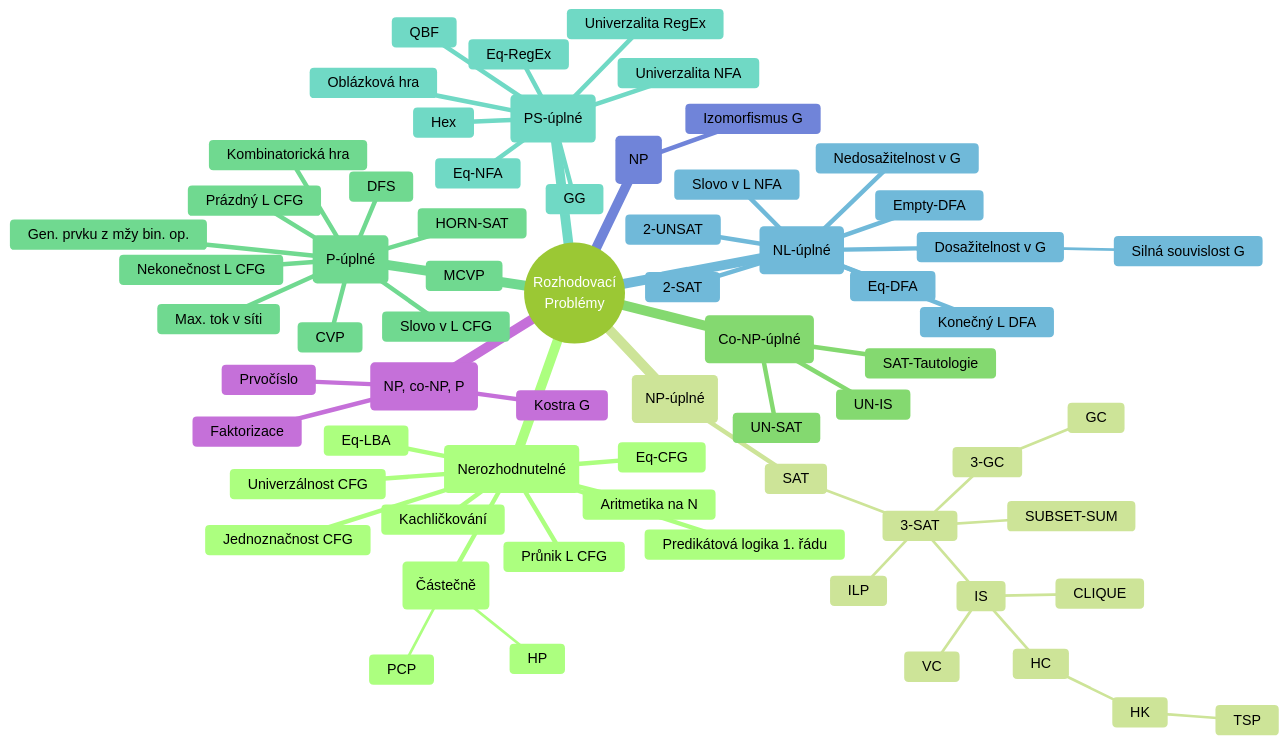
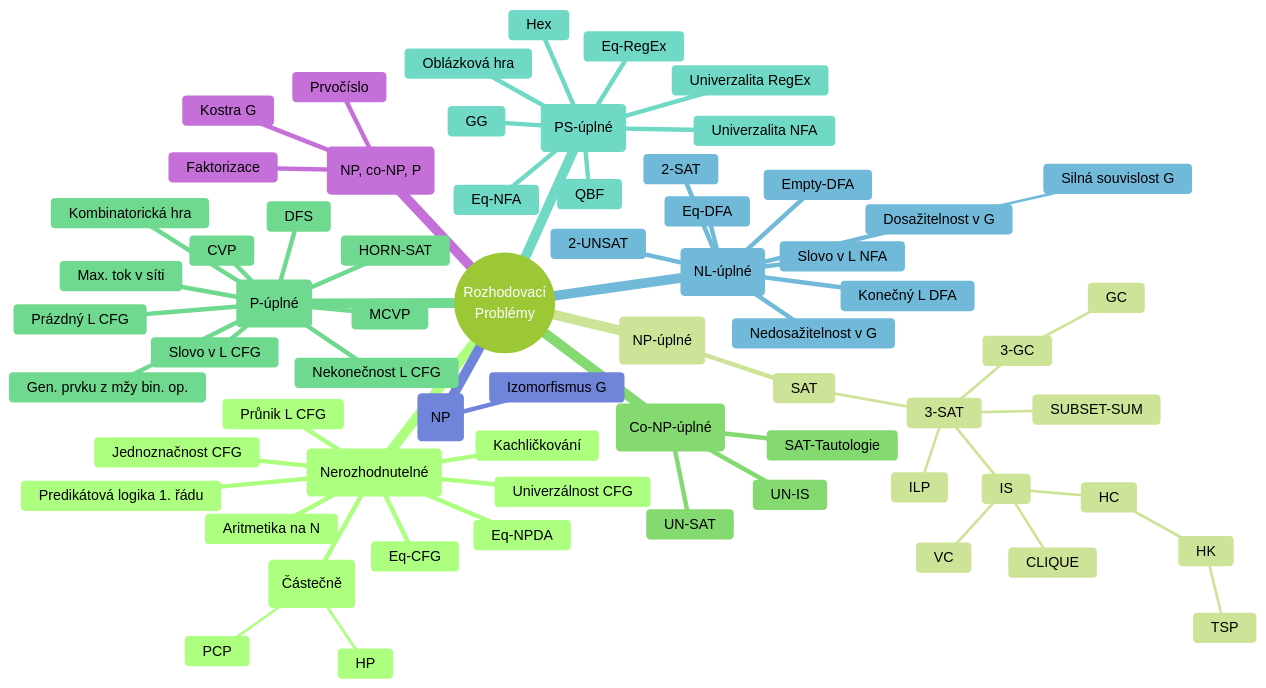
Before and after one commit to matejfric/mdbook: the third of 3 diagrams in src/ti/ti.md, drawn with Mermaid (forest theme). The commit also changed other lines of this file, not shown here.

Commit message:
update TI fix

````diff
--- a/src/ti/ti.md
+++ b/src/ti/ti.md
@@ -1824,70 +1824,70 @@
 ```mermaid
     mindmap
       root(("`Rozhodovací
       Problémy`"))
         (Nerozhodnutelné)
           (Částečně)
             HP
             PCP
           Eq-CFG
-          Eq-LBA
+          Eq-NPDA
           Kachličkování
           Univerzálnost CFG
           Průnik L CFG
           Jednoznačnost CFG
           Predikátová logika 1. řádu
           Aritmetika na N
         (NP-úplné)
           SAT
             3-SAT
               ILP
               3-GC
                 GC
               SUBSET-SUM
               IS
                 HC
                   HK
                     TSP
                 VC
                 CLIQUE
         (Co-NP-úplné)
           SAT-Tautologie
           UN-SAT
           UN-IS
         (P-úplné)
           CVP
           MCVP
           HORN-SAT
           Kombinatorická hra
           Slovo v L CFG
           Prázdný L CFG
           Nekonečnost L CFG
           Gen. prvku z mžy bin. op.
           Max. tok v síti
           DFS
         (PS-úplné)
           QBF
           Oblázková hra
           GG
           Hex
           Eq-NFA
           Eq-RegEx
           Univerzalita NFA
           Univerzalita RegEx
         (NL-úplné)
           2-SAT
           2-UNSAT
           Dosažitelnost v G
             Silná souvislost G
           Nedosažitelnost v G
           Slovo v L NFA
           Empty-DFA
           Eq-DFA
           Konečný L DFA
         (NP)
           Izomorfismus G
         (NP, co-NP, P)
           Prvočíslo
           Faktorizace
           Kostra G
 ```
````
